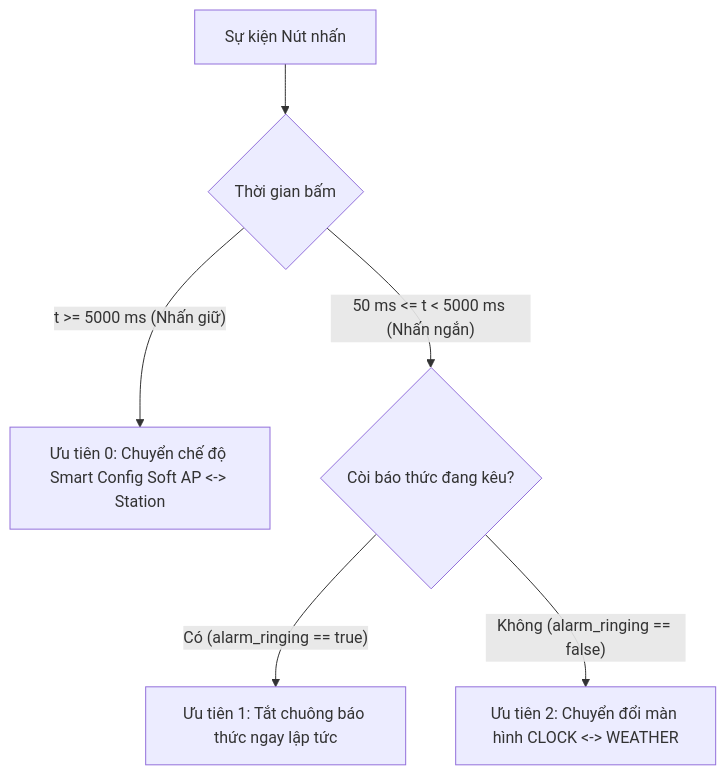
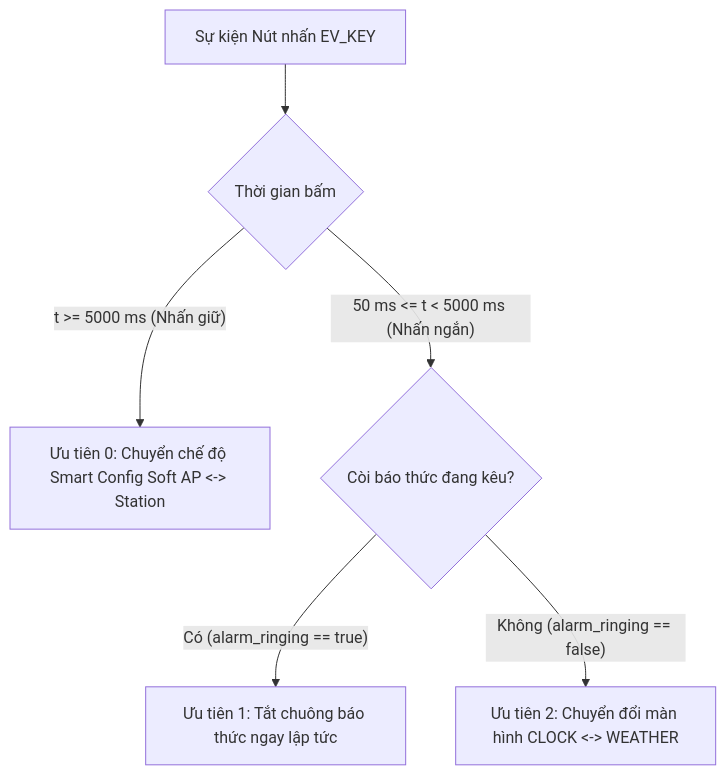
One commit to TaiWibu1012/SmartClock-EmbeddedLinux changed the diagram in README.md. Above: the diagram before and after it, drawn with Mermaid. The commit also changed other lines of this file and 6 other files, not shown here.

````diff
--- a/README.md
+++ b/README.md
@@ -126,8 +126,8 @@
 ```mermaid
 flowchart TD
-    A[Sự kiện Nút nhấn] --> B{Thời gian bấm}
+    A[Sự kiện Nút nhấn EV_KEY] --> B{Thời gian bấm}
     B -- "t >= 5000 ms (Nhấn giữ)" --> C[Ưu tiên 0: Chuyển chế độ Smart Config Soft AP <-> Station]
     B -- "50 ms <= t < 5000 ms (Nhấn ngắn)" --> D{Còi báo thức đang kêu?}
     D -- "Có (alarm_ringing == true)" --> E[Ưu tiên 1: Tắt chuông báo thức ngay lập tức]
     D -- "Không (alarm_ringing == false)" --> F[Ưu tiên 2: Chuyển đổi màn hình CLOCK <-> WEATHER]
 ```
````
